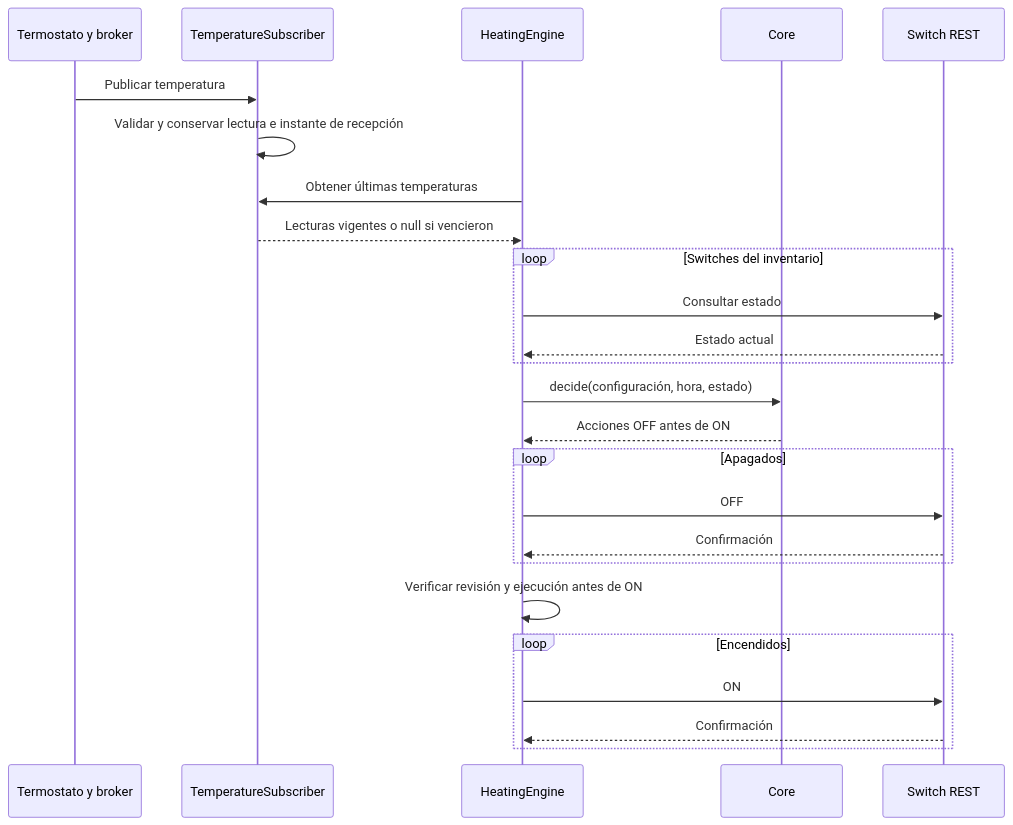
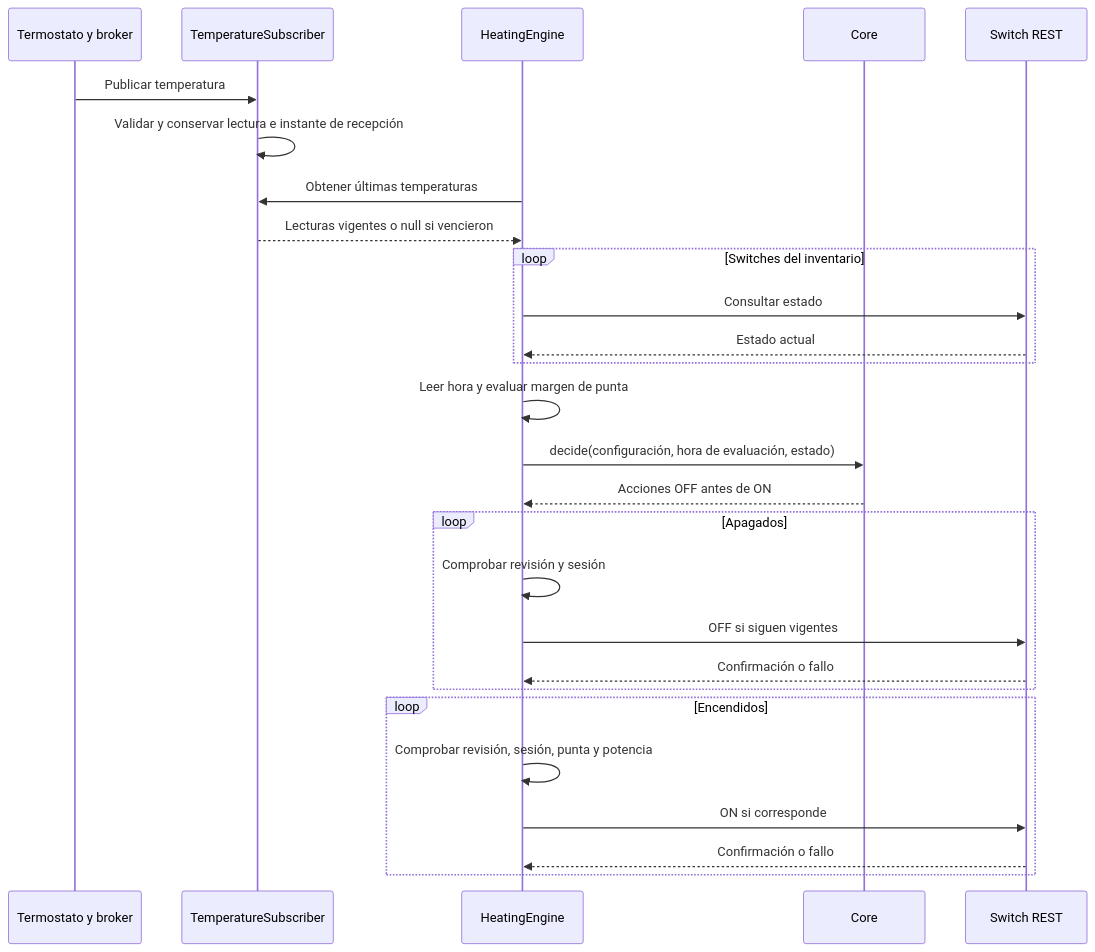
The seventh of 7 diagrams in docs/arquitectura/4mas1.md (BreanCasas/iiss-2026-grupo-1), drawn with Mermaid before and after one commit. The commit also changed other lines of this file and 119 other files, not shown here.

````diff
--- a/docs/arquitectura/4mas1.md
+++ b/docs/arquitectura/4mas1.md
@@ -489,34 +670,35 @@
 ```mermaid
 sequenceDiagram
     participant T as Termostato y broker
     participant S as TemperatureSubscriber
     participant E as HeatingEngine
     participant C as Core
     participant W as Switch REST
 
     T->>S: Publicar temperatura
     S->>S: Validar y conservar lectura e instante de recepción
 
     E->>S: Obtener últimas temperaturas
     S-->>E: Lecturas vigentes o null si vencieron
 
     loop Switches del inventario
         E->>W: Consultar estado
         W-->>E: Estado actual
     end
 
-    E->>C: decide(configuración, hora, estado)
+    E->>E: Leer hora y evaluar margen de punta
+    E->>C: decide(configuración, hora de evaluación, estado)
     C-->>E: Acciones OFF antes de ON
 
     loop Apagados
-        E->>W: OFF
-        W-->>E: Confirmación
+        E->>E: Comprobar revisión y sesión
+        E->>W: OFF si siguen vigentes
+        W-->>E: Confirmación o fallo
     end
 
-    E->>E: Verificar revisión y ejecución antes de ON
-
     loop Encendidos
-        E->>W: ON
-        W-->>E: Confirmación
+        E->>E: Comprobar revisión, sesión, punta y potencia
+        E->>W: ON si corresponde
+        W-->>E: Confirmación o fallo
     end
 ```
````
